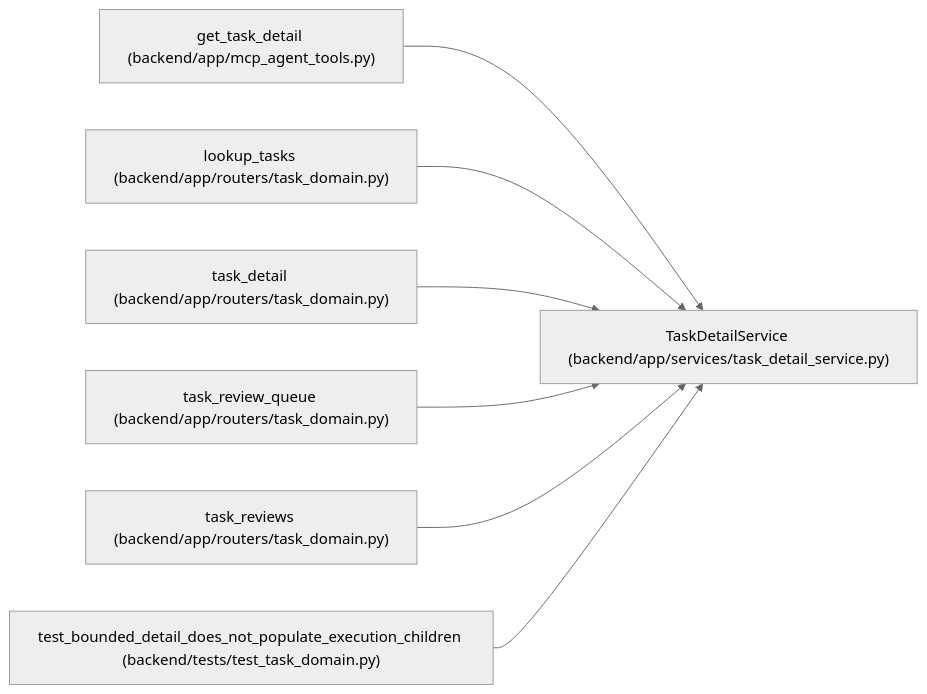
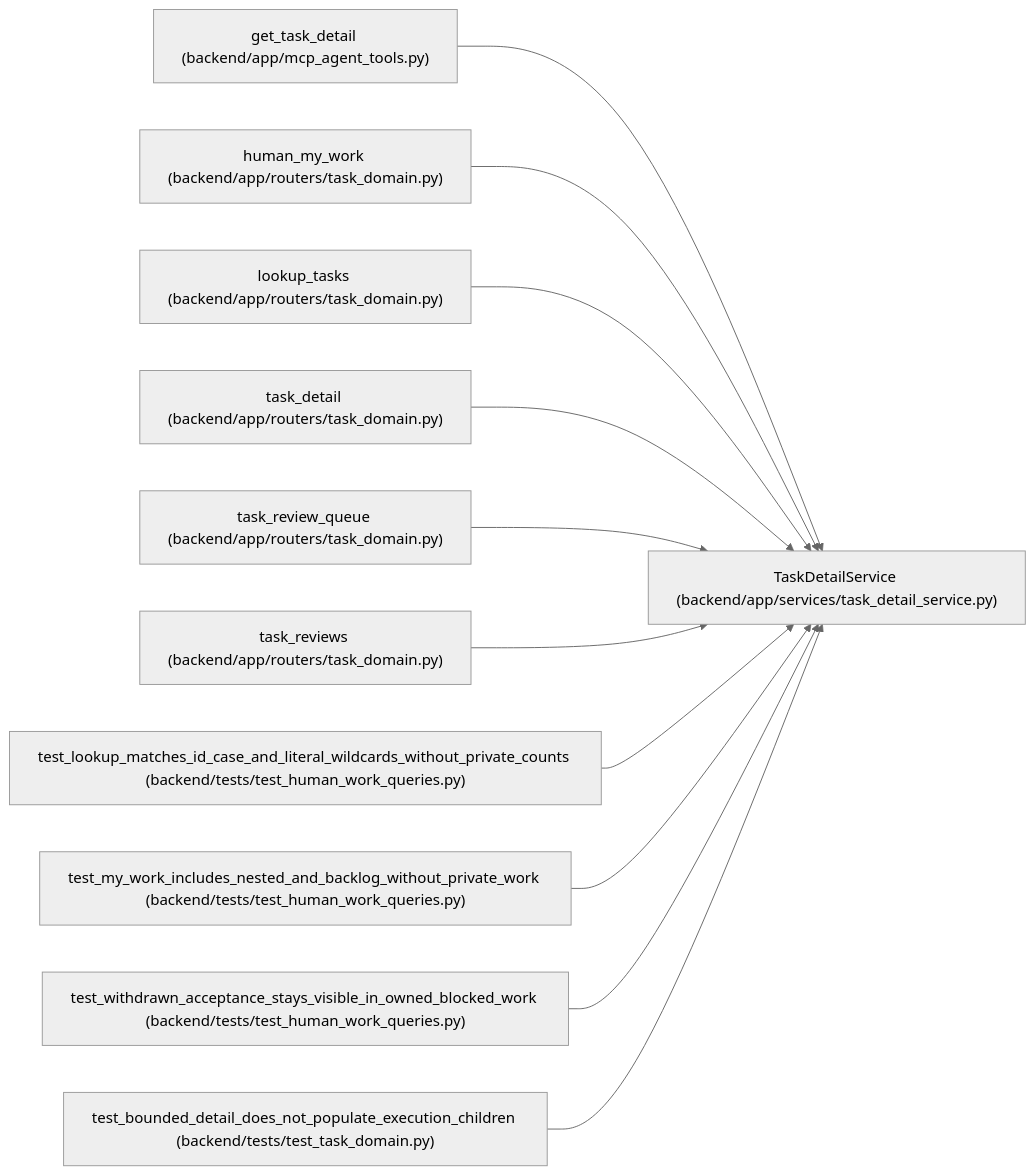
Before and after one commit to Denissvgn/WorkChord: the diagram in docs/llm_wiki/entities/TaskDetailService.md, drawn with Mermaid (neutral theme). The commit also changed other lines of this file and 1888 other files, not shown here.

First line of the commit message:
Add human teamwork workflows, shared capacity, and task discussion (#7)

````diff
--- a/docs/llm_wiki/entities/TaskDetailService.md
+++ b/docs/llm_wiki/entities/TaskDetailService.md
@@ -29,23 +30,35 @@
 ```mermaid
 flowchart LR
     n0["TaskDetailService (backend/app/services/task_detail_service.py)"]
     n1["get_task_detail (backend/app/mcp_agent_tools.py)"]
-    n2["lookup_tasks (backend/app/routers/task_domain.py)"]
-    n3["task_detail (backend/app/routers/task_domain.py)"]
-    n4["task_review_queue (backend/app/routers/task_domain.py)"]
-    n5["task_reviews (backend/app/routers/task_domain.py)"]
-    n6["test_bounded_detail_does_not_populate_execution_children (backend/tests/test_task_domain.py)"]
+    n2["human_my_work (backend/app/routers/task_domain.py)"]
+    n3["lookup_tasks (backend/app/routers/task_domain.py)"]
+    n4["task_detail (backend/app/routers/task_domain.py)"]
+    n5["task_review_queue (backend/app/routers/task_domain.py)"]
+    n6["task_reviews (backend/app/routers/task_domain.py)"]
+    n7["test_lookup_matches_id_case_and_literal_wildcards_without_private_counts (backend/tests/test_human_work_queries.py)"]
+    n8["test_my_work_includes_nested_and_backlog_without_private_work (backend/tests/test_human_work_queries.py)"]
+    n9["test_withdrawn_acceptance_stays_visible_in_owned_blocked_work (backend/tests/test_human_work_queries.py)"]
+    n10["test_bounded_detail_does_not_populate_execution_children (backend/tests/test_task_domain.py)"]
     n1 --> n0
     n2 --> n0
     n3 --> n0
     n4 --> n0
     n5 --> n0
     n6 --> n0
+    n7 --> n0
+    n8 --> n0
+    n9 --> n0
+    n10 --> n0
     click n0 "../modules/task_detail_service.md"
     click n1 "../modules/mcp_agent_tools.md"
     click n2 "../modules/routers_task_domain.md"
     click n3 "../modules/routers_task_domain.md"
     click n4 "../modules/routers_task_domain.md"
     click n5 "../modules/routers_task_domain.md"
-    click n6 "../modules/test_task_domain.md"
+    click n6 "../modules/routers_task_domain.md"
+    click n7 "../modules/test_human_work_queries.md"
+    click n8 "../modules/test_human_work_queries.md"
+    click n9 "../modules/test_human_work_queries.md"
+    click n10 "../modules/test_task_domain.md"
 ```
````
